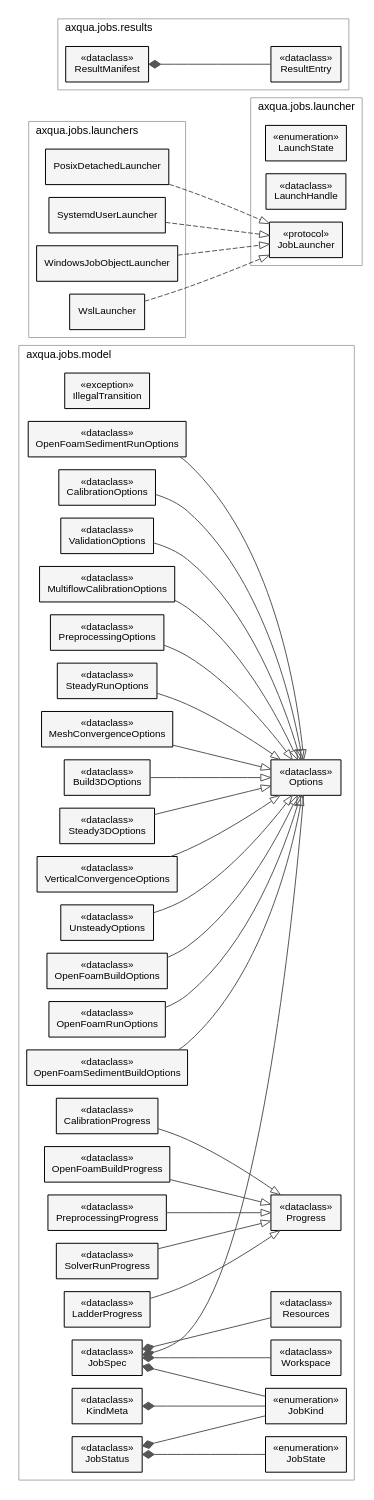
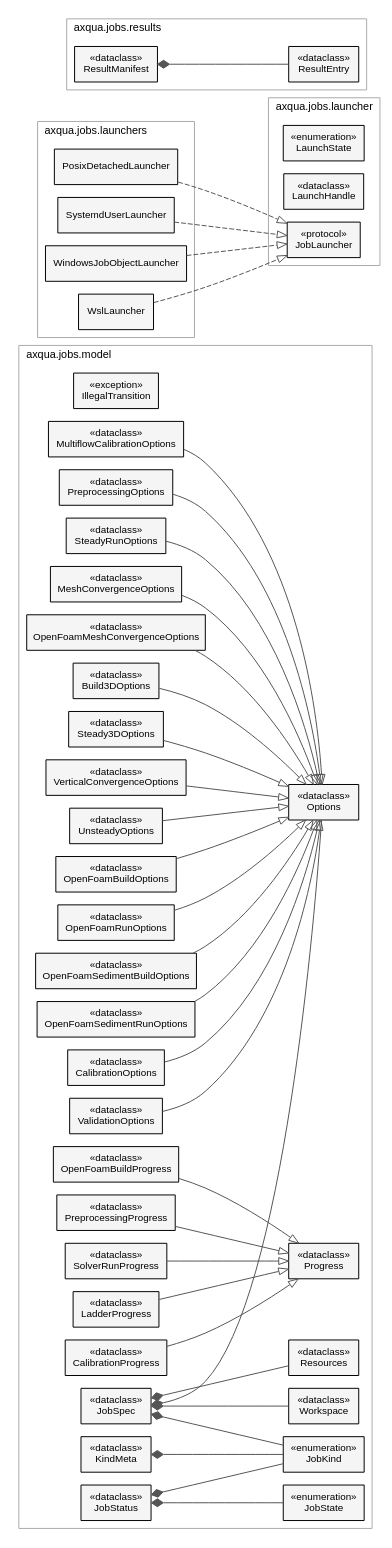
Before and after one commit to sschwindt/aXqua: the diagram in docs/img/uml-jobs.dot, drawn with Graphviz. The commit also changed 26 other files, not shown here.

First line of the commit message:
One Simulations tab with the mesh study and morphodynamics, and a mesh study for OpenFOAM

```diff
--- a/docs/img/uml-jobs.dot
+++ b/docs/img/uml-jobs.dot
@@ -1,86 +1,88 @@
 digraph uml_jobs {
   graph [rankdir=LR, nodesep=0.18, ranksep=1.0, fontname="Helvetica,Arial,sans-serif", fontsize=11, labeljust=l];
   node [shape=box, style=filled, fillcolor="#f5f5f5", fontname="Helvetica,Arial,sans-serif", fontsize=10, margin="0.12,0.06"];
   edge [color="#555555"];
   subgraph cluster_0 {
     label="axqua.jobs.model"; color="#aaaaaa";
     JobState [label="&#171;enumeration&#187;\nJobState"];
     IllegalTransition [label="&#171;exception&#187;\nIllegalTransition"];
     JobKind [label="&#171;enumeration&#187;\nJobKind"];
     Options [label="&#171;dataclass&#187;\nOptions"];
     PreprocessingOptions [label="&#171;dataclass&#187;\nPreprocessingOptions"];
     SteadyRunOptions [label="&#171;dataclass&#187;\nSteadyRunOptions"];
     MeshConvergenceOptions [label="&#171;dataclass&#187;\nMeshConvergenceOptions"];
+    OpenFoamMeshConvergenceOptions [label="&#171;dataclass&#187;\nOpenFoamMeshConvergenceOptions"];
     Build3DOptions [label="&#171;dataclass&#187;\nBuild3DOptions"];
     Steady3DOptions [label="&#171;dataclass&#187;\nSteady3DOptions"];
     VerticalConvergenceOptions [label="&#171;dataclass&#187;\nVerticalConvergenceOptions"];
     UnsteadyOptions [label="&#171;dataclass&#187;\nUnsteadyOptions"];
     OpenFoamBuildOptions [label="&#171;dataclass&#187;\nOpenFoamBuildOptions"];
     OpenFoamRunOptions [label="&#171;dataclass&#187;\nOpenFoamRunOptions"];
     OpenFoamSedimentBuildOptions [label="&#171;dataclass&#187;\nOpenFoamSedimentBuildOptions"];
     OpenFoamSedimentRunOptions [label="&#171;dataclass&#187;\nOpenFoamSedimentRunOptions"];
     CalibrationOptions [label="&#171;dataclass&#187;\nCalibrationOptions"];
     ValidationOptions [label="&#171;dataclass&#187;\nValidationOptions"];
     MultiflowCalibrationOptions [label="&#171;dataclass&#187;\nMultiflowCalibrationOptions"];
     Progress [label="&#171;dataclass&#187;\nProgress"];
     PreprocessingProgress [label="&#171;dataclass&#187;\nPreprocessingProgress"];
     SolverRunProgress [label="&#171;dataclass&#187;\nSolverRunProgress"];
     LadderProgress [label="&#171;dataclass&#187;\nLadderProgress"];
     CalibrationProgress [label="&#171;dataclass&#187;\nCalibrationProgress"];
     OpenFoamBuildProgress [label="&#171;dataclass&#187;\nOpenFoamBuildProgress"];
     KindMeta [label="&#171;dataclass&#187;\nKindMeta"];
     Resources [label="&#171;dataclass&#187;\nResources"];
     Workspace [label="&#171;dataclass&#187;\nWorkspace"];
     JobSpec [label="&#171;dataclass&#187;\nJobSpec"];
     JobStatus [label="&#171;dataclass&#187;\nJobStatus"];
   }
   subgraph cluster_1 {
     label="axqua.jobs.launcher"; color="#aaaaaa";
     LaunchState [label="&#171;enumeration&#187;\nLaunchState"];
     LaunchHandle [label="&#171;dataclass&#187;\nLaunchHandle"];
     JobLauncher [label="&#171;protocol&#187;\nJobLauncher"];
   }
   subgraph cluster_2 {
     label="axqua.jobs.launchers"; color="#aaaaaa";
     PosixDetachedLauncher [label="PosixDetachedLauncher"];
     SystemdUserLauncher [label="SystemdUserLauncher"];
     WindowsJobObjectLauncher [label="WindowsJobObjectLauncher"];
     WslLauncher [label="WslLauncher"];
   }
   subgraph cluster_3 {
     label="axqua.jobs.results"; color="#aaaaaa";
     ResultEntry [label="&#171;dataclass&#187;\nResultEntry"];
     ResultManifest [label="&#171;dataclass&#187;\nResultManifest"];
   }
   PreprocessingOptions -> Options [arrowhead=empty];
   SteadyRunOptions -> Options [arrowhead=empty];
   MeshConvergenceOptions -> Options [arrowhead=empty];
+  OpenFoamMeshConvergenceOptions -> Options [arrowhead=empty];
   Build3DOptions -> Options [arrowhead=empty];
   Steady3DOptions -> Options [arrowhead=empty];
   VerticalConvergenceOptions -> Options [arrowhead=empty];
   UnsteadyOptions -> Options [arrowhead=empty];
   OpenFoamBuildOptions -> Options [arrowhead=empty];
   OpenFoamRunOptions -> Options [arrowhead=empty];
   OpenFoamSedimentBuildOptions -> Options [arrowhead=empty];
   OpenFoamSedimentRunOptions -> Options [arrowhead=empty];
   CalibrationOptions -> Options [arrowhead=empty];
   ValidationOptions -> Options [arrowhead=empty];
   MultiflowCalibrationOptions -> Options [arrowhead=empty];
   PreprocessingProgress -> Progress [arrowhead=empty];
   SolverRunProgress -> Progress [arrowhead=empty];
   LadderProgress -> Progress [arrowhead=empty];
   CalibrationProgress -> Progress [arrowhead=empty];
   OpenFoamBuildProgress -> Progress [arrowhead=empty];
   KindMeta -> JobKind [arrowtail=diamond, dir=back];
   JobSpec -> JobKind [arrowtail=diamond, dir=back];
   JobSpec -> Resources [arrowtail=diamond, dir=back];
   JobSpec -> Workspace [arrowtail=diamond, dir=back];
   JobSpec -> Options [arrowtail=diamond, dir=back];
   JobStatus -> JobState [arrowtail=diamond, dir=back];
   JobStatus -> JobKind [arrowtail=diamond, dir=back];
   ResultManifest -> ResultEntry [arrowtail=diamond, dir=back];
   PosixDetachedLauncher -> JobLauncher [arrowhead=empty, style=dashed];
   SystemdUserLauncher -> JobLauncher [arrowhead=empty, style=dashed];
   WindowsJobObjectLauncher -> JobLauncher [arrowhead=empty, style=dashed];
   WslLauncher -> JobLauncher [arrowhead=empty, style=dashed];
 }
```
